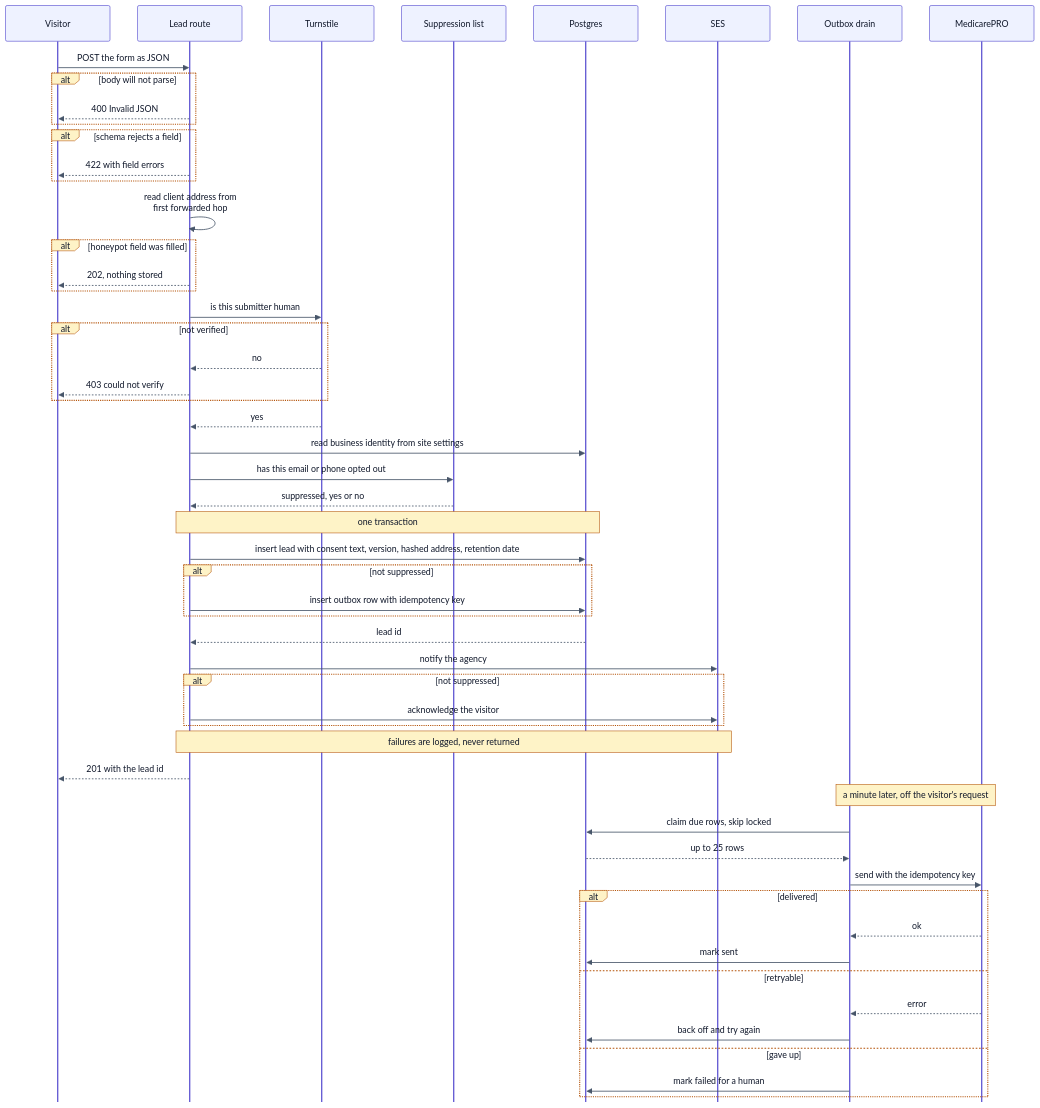
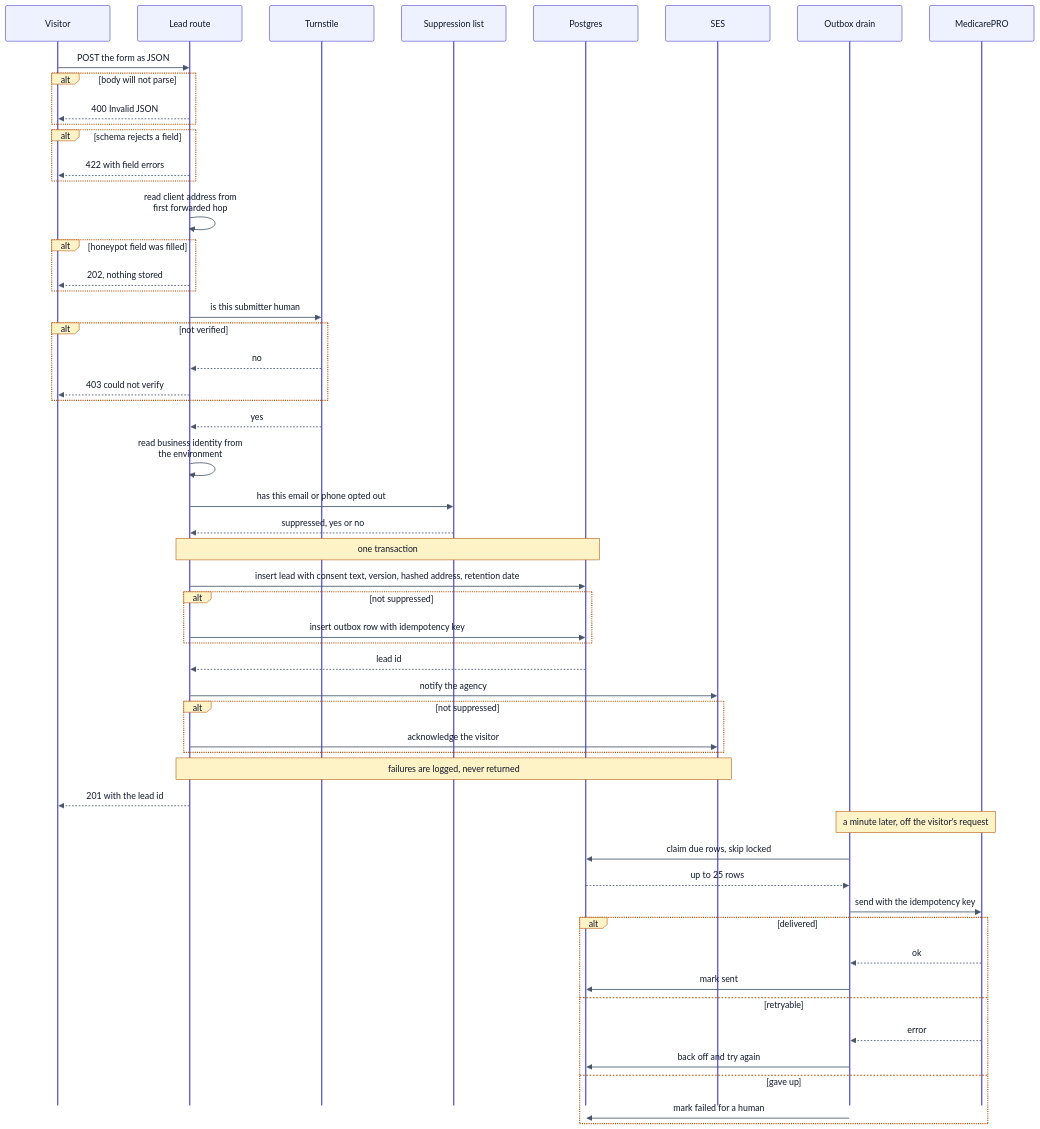
Before and after one commit to marc-mccarthy/legacy-benefits-mn: the fourth of 8 diagrams in docs/diagrams/SOURCES.md, drawn with Mermaid. The commit also changed other lines of this file and 1263 other files, not shown here.

````diff
--- a/docs/diagrams/SOURCES.md
+++ b/docs/diagrams/SOURCES.md
@@ -246,77 +239,78 @@
 ```mermaid
 %%{init: {"theme":"base","themeVariables":{"fontFamily":"Helvetica Neue, Helvetica, Arial, sans-serif","fontSize":"16px","textColor":"#0F172A","background":"#FFFFFF","lineColor":"#475569","mainBkg":"#EFF6FF","nodeBorder":"#1D4ED8","primaryColor":"#EFF6FF","primaryBorderColor":"#1D4ED8","primaryTextColor":"#0F172A","secondaryColor":"#F1F5F9","secondaryBorderColor":"#475569","secondaryTextColor":"#0F172A","tertiaryColor":"#F8FAFC","tertiaryBorderColor":"#CBD5E1","tertiaryTextColor":"#0F172A","clusterBkg":"#F8FAFC","clusterBorder":"#CBD5E1","edgeLabelBackground":"#FFFFFF","actorBkg":"#EEF2FF","actorBorder":"#4338CA","actorTextColor":"#0F172A","signalColor":"#475569","signalTextColor":"#0F172A","noteBkgColor":"#FEF3C7","noteBorderColor":"#B45309","noteTextColor":"#0F172A","activationBkgColor":"#ECFDF5","activationBorderColor":"#047857","labelBoxBkgColor":"#FEF3C7","labelBoxBorderColor":"#B45309","sequenceNumberColor":"#FFFFFF"},"flowchart":{"htmlLabels":false,"curve":"basis","nodeSpacing":45,"rankSpacing":60,"padding":12},"sequence":{"useMaxWidth":false,"htmlLabels":false,"mirrorActors":false,"wrap":true,"width":190}}}%%
 sequenceDiagram
 accTitle: What happens to a contact form submission, from the click to the CRM
 accDescr {
   A left-to-right sequence for one lead. The form posts JSON to the lead route.
   The route rejects unparseable bodies, then rejects a body that fails the schema.
   It reads the client address from the first hop of the forwarded-for header. A
   filled honeypot field is accepted with a success status and nothing is stored,
   so a bot learns nothing from the response. Turnstile is asked whether the
   submitter is human and a failure is rejected. The business identity is read from
-  site settings, because the consent text has to name the specific business. The
+  the environment, because the consent text has to name the specific business, and
+  a missing BUSINESS_NAME throws rather than resolving to a default. The
   capture step checks the suppression list first, then opens one transaction: the
   lead row is inserted with the consent text regenerated on the server, the
   disclosure version, a hashed address and a retention date ten years out. Only if
   the person is not suppressed is an outbox row inserted in that same transaction.
   Email is best effort and its failures are swallowed, because the lead is already
   committed. The visitor gets a created response either way. Delivery happens
   later: a host timer posts to the job route once a minute, which claims due rows
   and sends them to the CRM.
 }
 
 participant V as Visitor
 participant R as Lead route
 participant T as Turnstile
 participant S as Suppression list
 participant DB as Postgres
 participant M as SES
 participant J as Outbox drain
 participant C as MedicarePRO
 
 V->>R: POST the form as JSON
 alt body will not parse
   R-->>V: 400 Invalid JSON
 end
 alt schema rejects a field
   R-->>V: 422 with field errors
 end
 R->>R: read client address from first forwarded hop
 alt honeypot field was filled
   R-->>V: 202, nothing stored
 end
 R->>T: is this submitter human
 alt not verified
   T-->>R: no
   R-->>V: 403 could not verify
 end
 T-->>R: yes
-R->>DB: read business identity from site settings
+R->>R: read business identity from the environment
 R->>S: has this email or phone opted out
 S-->>R: suppressed, yes or no
 Note over R,DB: one transaction
 R->>DB: insert lead with consent text, version, hashed address, retention date
 alt not suppressed
   R->>DB: insert outbox row with idempotency key
 end
 DB-->>R: lead id
 R->>M: notify the agency
 alt not suppressed
   R->>M: acknowledge the visitor
 end
 Note over R,M: failures are logged, never returned
 R-->>V: 201 with the lead id
 Note over J,C: a minute later, off the visitor's request
 J->>DB: claim due rows, skip locked
 DB-->>J: up to 25 rows
 J->>C: send with the idempotency key
 alt delivered
   C-->>J: ok
   J->>DB: mark sent
 else retryable
   C-->>J: error
   J->>DB: back off and try again
 else gave up
   J->>DB: mark failed for a human
 end
 ```
````
